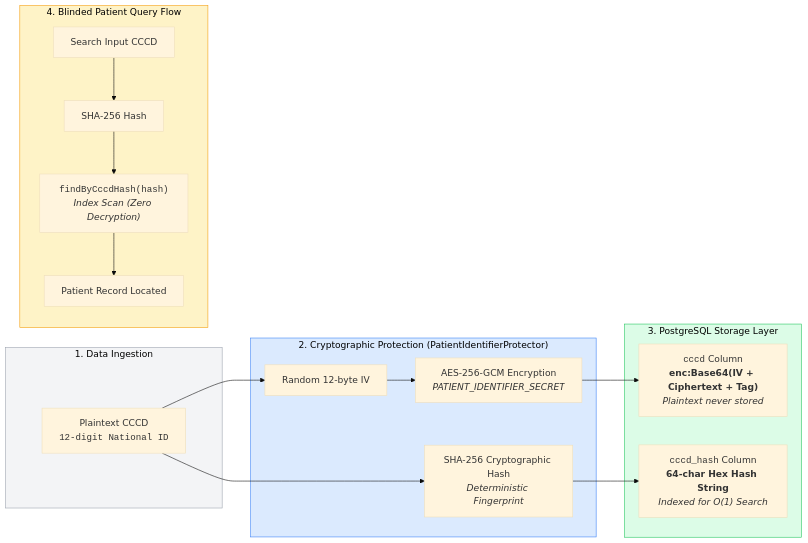
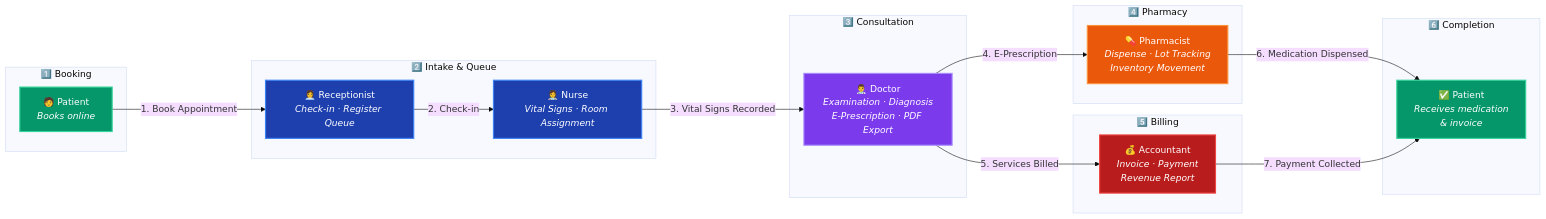
Before and after one commit to qwan30/hospital-management-system: the second of 3 diagrams in README.md, drawn with Mermaid (base theme). The commit also changed other lines of this file and 11 other files, not shown here.

````diff
--- a/README.md
+++ b/README.md
@@ -242,31 +116,48 @@
 ```mermaid
-flowchart LR
-    subgraph Ingestion["1. Data Ingestion"]
-        Plain["Plaintext CCCD<br/><code>12-digit National ID</code>"]
+graph LR
+    subgraph "1️⃣ Booking"
+        P["🧑 Patient<br/><i>Books online</i>"]
     end
 
-    subgraph Protection["2. Cryptographic Protection (PatientIdentifierProtector)"]
-        IV["Random 12-byte IV"]
-        AES["AES-256-GCM Encryption<br/><i>PATIENT_IDENTIFIER_SECRET</i>"]
-        SHA["SHA-256 Cryptographic Hash<br/><i>Deterministic Fingerprint</i>"]
+    subgraph "2️⃣ Intake & Queue"
+        R["👩‍💼 Receptionist<br/><i>Check-in · Register Queue</i>"]
+        N1["👩‍⚕️ Nurse<br/><i>Vital Signs · Room Assignment</i>"]
     end
 
-    subgraph Storage["3. PostgreSQL Storage Layer"]
-        CipherCol["<code>cccd</code> Column<br/><b>enc:Base64(IV + Ciphertext + Tag)</b><br/><i>Plaintext never stored</i>"]
-        HashCol["<code>cccd_hash</code> Column<br/><b>64-char Hex Hash String</b><br/><i>Indexed for O(1) Search</i>"]
+    subgraph "3️⃣ Consultation"
+        D1["👨‍⚕️ Doctor<br/><i>Examination · Diagnosis<br/>E-Prescription · PDF Export</i>"]
     end
 
-    subgraph Query["4. Blinded Patient Query Flow"]
-        InputCCCD["Search Input CCCD"] --> HashFn["SHA-256 Hash"]
-        HashFn --> FastLookup["<code>findByCccdHash(hash)</code><br/><i>Index Scan (Zero Decryption)</i>"]
-        FastLookup --> RecordFound["Patient Record Located"]
+    subgraph "4️⃣ Pharmacy"
+        PH["💊 Pharmacist<br/><i>Dispense · Lot Tracking<br/>Inventory Movement</i>"]
     end
 
-    Plain --> IV --> AES --> CipherCol
-    Plain --> SHA --> HashCol
+    subgraph "5️⃣ Billing"
+        AC["💰 Accountant<br/><i>Invoice · Payment<br/>Revenue Report</i>"]
+    end
 
-    style Ingestion fill:#f3f4f6,stroke:#9ca3af,color:#000
-    style Protection fill:#dbeafe,stroke:#3b82f6,color:#000
-    style Storage fill:#dcfce7,stroke:#22c55e,color:#000
-    style Query fill:#fef3c7,stroke:#f59e0b,color:#000
+    subgraph "6️⃣ Completion"
+        OUT["✅ Patient<br/><i>Receives medication<br/>& invoice</i>"]
+    end
+
+    P -->|"1. Book Appointment"| R
+    R -->|"2. Check-in"| N1
+    N1 -->|"3. Vital Signs Recorded"| D1
+    D1 -->|"4. E-Prescription"| PH
+    D1 -->|"5. Services Billed"| AC
+    PH -->|"6. Medication Dispensed"| OUT
+    AC -->|"7. Payment Collected"| OUT
+
+    classDef patient fill:#059669,stroke:#34d399,color:#fff,stroke-width:2px
+    classDef staff fill:#1e40af,stroke:#3b82f6,color:#fff,stroke-width:2px
+    classDef doctor fill:#7c3aed,stroke:#a78bfa,color:#fff,stroke-width:2px
+    classDef pharma fill:#ea580c,stroke:#fb923c,color:#fff,stroke-width:2px
+    classDef finance fill:#b91c1c,stroke:#ef4444,color:#fff,stroke-width:2px
+    classDef done fill:#22c55e,stroke:#4ade80,color:#fff,stroke-width:2px
+
+    class P,OUT patient
+    class R,N1 staff
+    class D1 doctor
+    class PH pharma
+    class AC finance
 ```
````
